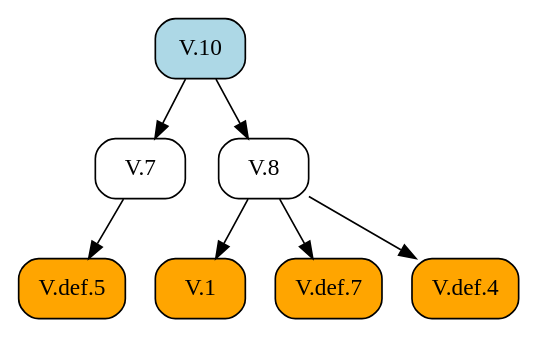
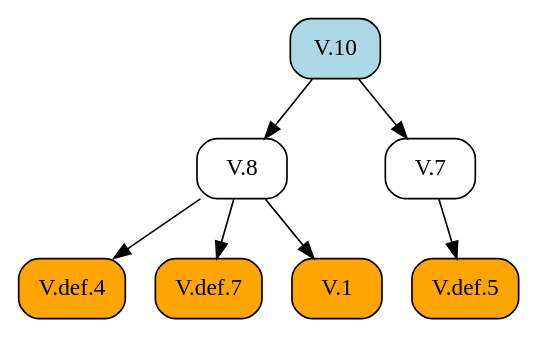
Before and after one commit to geometor/elements: the diagram in docsrc/elements2/V/10/index.rst, drawn with Graphviz. The commit also changed other lines of this file and 171 other files, not shown here.

```diff
--- a/docsrc/elements2/V/10/index.rst
+++ b/docsrc/elements2/V/10/index.rst
@@ -76,19 +76,19 @@
 .. graphviz::
 
    digraph {
      rankdir="TB";
      node [shape=box, style=rounded];
+     "V.8" [URL="/elements2/V/8/", target="_top"];
+     "V.def.4" [style="rounded,filled", fillcolor=orange, URL="/elements2/V/def.4/", target="_top"];
+     "V.10" [style="rounded,filled", fillcolor=lightblue, URL="/elements2/V/10/", target="_top"];
+     "V.def.7" [style="rounded,filled", fillcolor=orange, URL="/elements2/V/def.7/", target="_top"];
      "V.1" [style="rounded,filled", fillcolor=orange, URL="/elements2/V/1/", target="_top"];
      "V.7" [URL="/elements2/V/7/", target="_top"];
      "V.def.5" [style="rounded,filled", fillcolor=orange, URL="/elements2/V/def.5/", target="_top"];
-     "V.10" [style="rounded,filled", fillcolor=lightblue, URL="/elements2/V/10/", target="_top"];
-     "V.def.7" [style="rounded,filled", fillcolor=orange, URL="/elements2/V/def.7/", target="_top"];
-     "V.def.4" [style="rounded,filled", fillcolor=orange, URL="/elements2/V/def.4/", target="_top"];
-     "V.8" [URL="/elements2/V/8/", target="_top"];
+     "V.10" -> "V.8";
+     "V.8" -> "V.def.4";
+     "V.8" -> "V.def.7";
      "V.8" -> "V.1";
      "V.10" -> "V.7";
      "V.7" -> "V.def.5";
-     "V.8" -> "V.def.7";
-     "V.8" -> "V.def.4";
-     "V.10" -> "V.8";
    }
```
